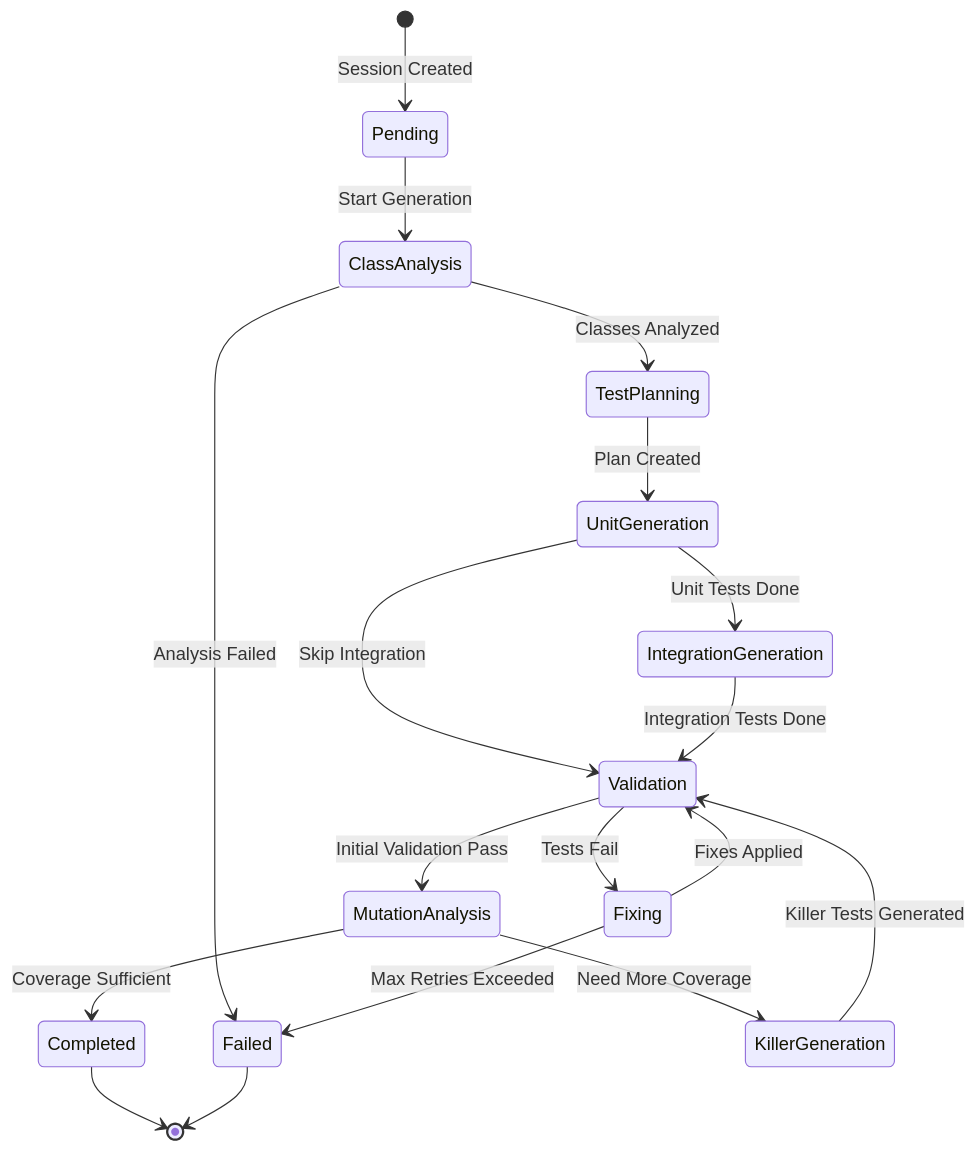
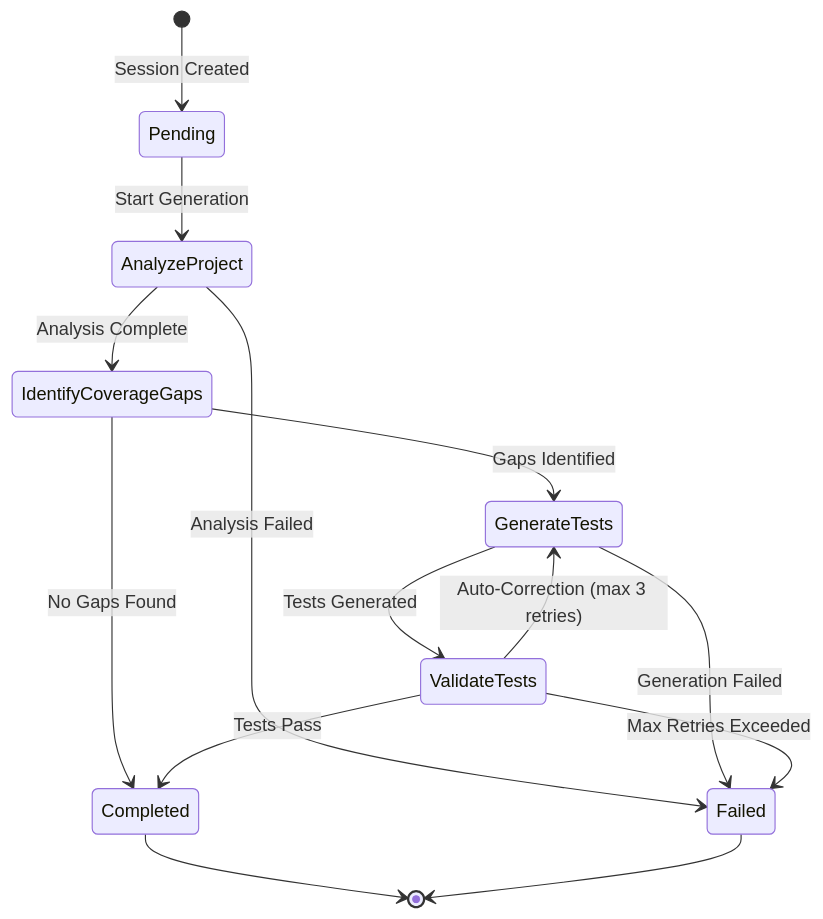
One commit to axtion-io/TestBoost changed the second of 6 diagrams in docs/workflow-diagrams.md. Above: the diagram before and after it, drawn with Mermaid. The commit also changed other lines of this file and 25 other files, not shown here.

````diff
--- a/docs/workflow-diagrams.md
+++ b/docs/workflow-diagrams.md
@@ -66,30 +83,22 @@
 ```mermaid
 stateDiagram-v2
     [*] --> Pending: Session Created
 
-    Pending --> ClassAnalysis: Start Generation
+    Pending --> AnalyzeProject: Start Generation
 
-    ClassAnalysis --> TestPlanning: Classes Analyzed
-    ClassAnalysis --> Failed: Analysis Failed
+    AnalyzeProject --> IdentifyCoverageGaps: Analysis Complete
+    AnalyzeProject --> Failed: Analysis Failed
 
-    TestPlanning --> UnitGeneration: Plan Created
+    IdentifyCoverageGaps --> GenerateTests: Gaps Identified
+    IdentifyCoverageGaps --> Completed: No Gaps Found
 
-    UnitGeneration --> IntegrationGeneration: Unit Tests Done
-    UnitGeneration --> Validation: Skip Integration
+    GenerateTests --> ValidateTests: Tests Generated
+    GenerateTests --> Failed: Generation Failed
 
-    IntegrationGeneration --> Validation: Integration Tests Done
-
-    Validation --> MutationAnalysis: Initial Validation Pass
-    Validation --> Fixing: Tests Fail
-
-    Fixing --> Validation: Fixes Applied
-    Fixing --> Failed: Max Retries Exceeded
-
-    MutationAnalysis --> Completed: Coverage Sufficient
-    MutationAnalysis --> KillerGeneration: Need More Coverage
-
-    KillerGeneration --> Validation: Killer Tests Generated
+    ValidateTests --> Completed: Tests Pass
+    ValidateTests --> GenerateTests: Auto-Correction (max 3 retries)
+    ValidateTests --> Failed: Max Retries Exceeded
 
     Completed --> [*]
     Failed --> [*]
 ```
````
